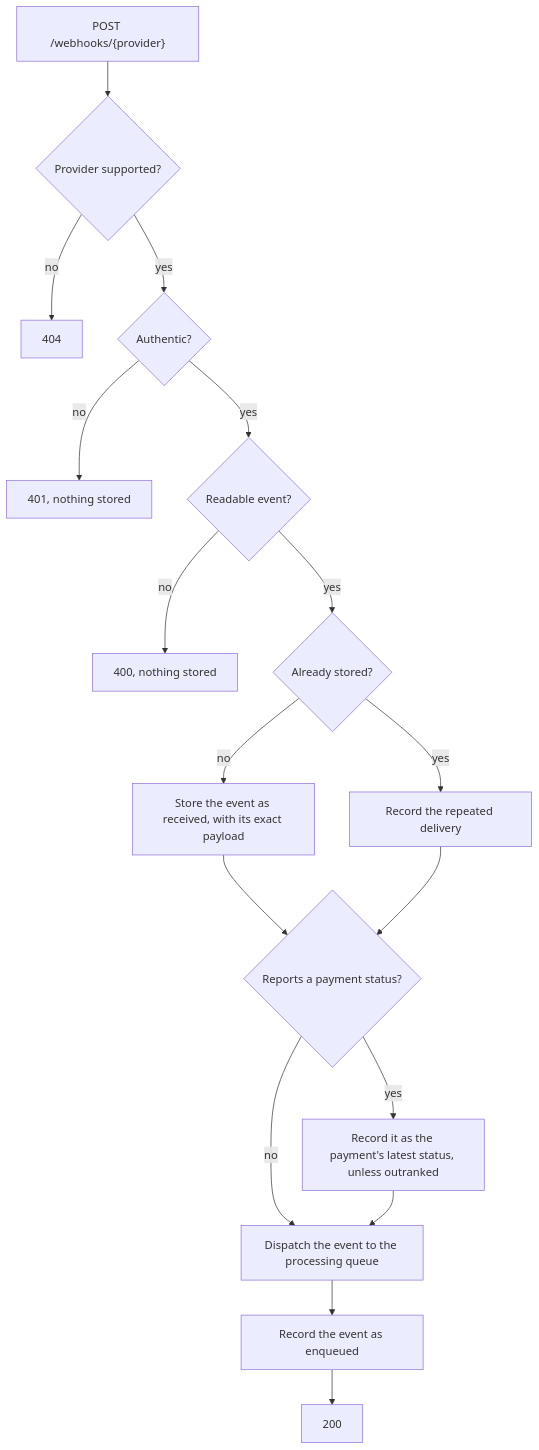
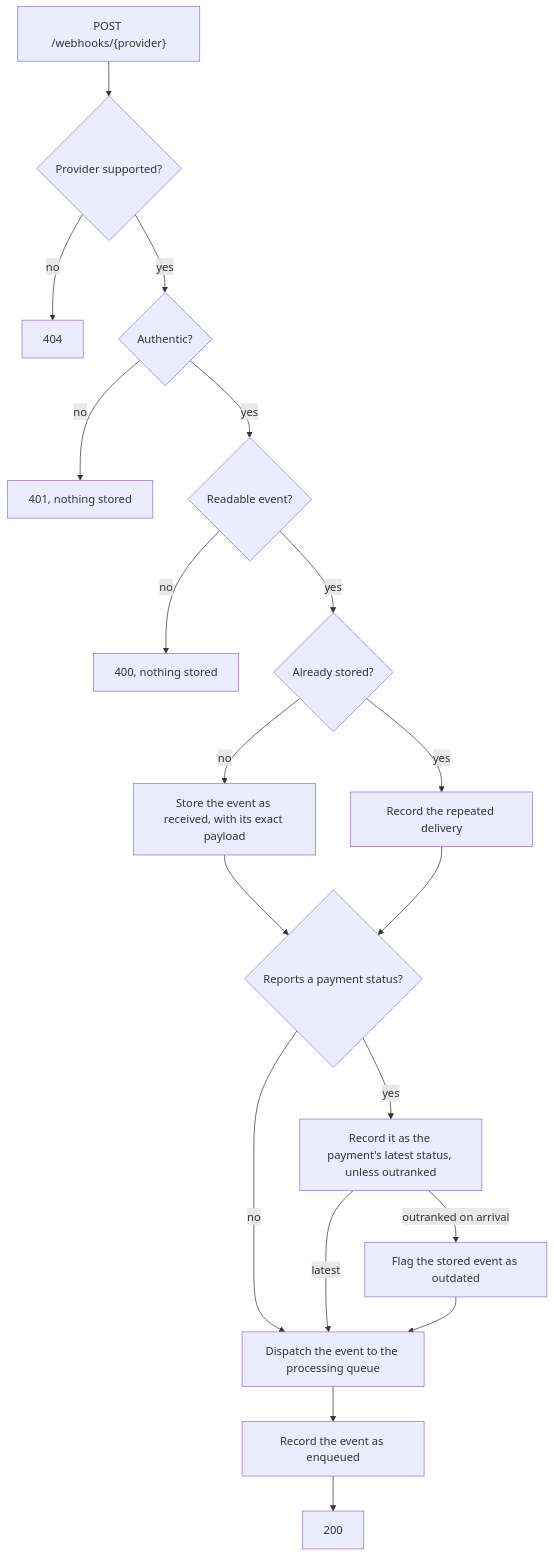
One commit to gabrielroriz/aws-resilient-payment-flow changed the first of 2 diagrams in docs/architecture/webhook-receipt.md. Above: the diagram before and after it, drawn with Mermaid. The commit also changed other lines of this file and 7 other files, not shown here.

First line of the commit message:
feat: keep the outdated flag of late webhook events on the stored event

````diff
--- a/docs/architecture/webhook-receipt.md
+++ b/docs/architecture/webhook-receipt.md
@@ -7,19 +7,21 @@
 ```mermaid
 flowchart TD
     Request["POST /webhooks/{provider}"] --> Find{"Provider supported?"}
     Find -->|no| NotFound["404"]
     Find -->|yes| Auth{"Authentic?"}
     Auth -->|no| Unauthorized["401, nothing stored"]
     Auth -->|yes| Parse{"Readable event?"}
     Parse -->|no| Malformed["400, nothing stored"]
     Parse -->|yes| Stored{"Already stored?"}
     Stored -->|no| Create["Store the event as received, with its exact payload"]
     Stored -->|yes| Duplicate["Record the repeated delivery"]
     Create --> Status{"Reports a payment status?"}
     Duplicate --> Status
     Status -->|yes| Rank["Record it as the payment's latest status, unless outranked"]
     Status -->|no| Dispatch["Dispatch the event to the processing queue"]
-    Rank --> Dispatch
+    Rank -->|latest| Dispatch
+    Rank -->|outranked on arrival| Outdated["Flag the stored event as outdated"]
+    Outdated --> Dispatch
     Dispatch --> Enqueued["Record the event as enqueued"]
     Enqueued --> Ack["200"]
 ```
````
